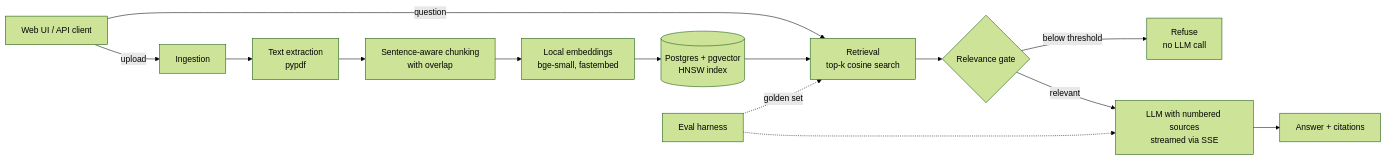
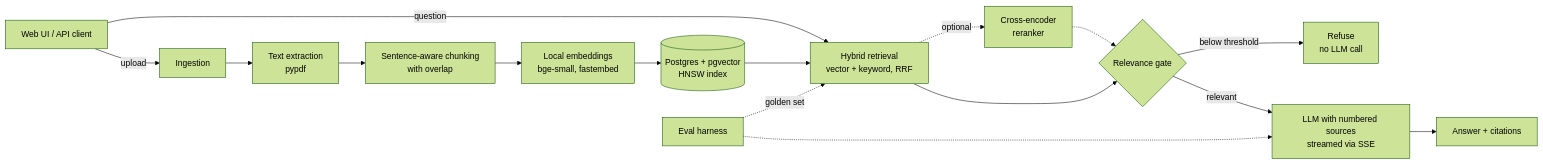
The diagram in README.md (Gayathri2708/docpilot-rag), drawn with Mermaid (forest theme) before and after one commit. The commit also changed other lines of this file and 11 other files, not shown here.

First line of the commit message:
Hybrid retrieval (vector + keyword, RRF) and optional cross-encoder reranker

````diff
--- a/README.md
+++ b/README.md
@@ -11,18 +11,20 @@
 ```mermaid
 flowchart LR
     U[Web UI / API client] -->|upload| I[Ingestion]
     I --> X[Text extraction<br/>pypdf]
     X --> C[Sentence-aware chunking<br/>with overlap]
     C --> E[Local embeddings<br/>bge-small, fastembed]
     E --> DB[(Postgres + pgvector<br/>HNSW index)]
 
-    U -->|question| R[Retrieval<br/>top-k cosine search]
+    U -->|question| R[Hybrid retrieval<br/>vector + keyword, RRF]
     DB --> R
+    R -.->|optional| RR[Cross-encoder<br/>reranker]
+    RR -.-> G
     R --> G{Relevance gate}
     G -->|below threshold| N[Refuse<br/>no LLM call]
     G -->|relevant| L[LLM with numbered sources<br/>streamed via SSE]
     L --> A[Answer + citations]
 
     EV[Eval harness] -.->|golden set| R
     EV -.-> L
 ```
````
